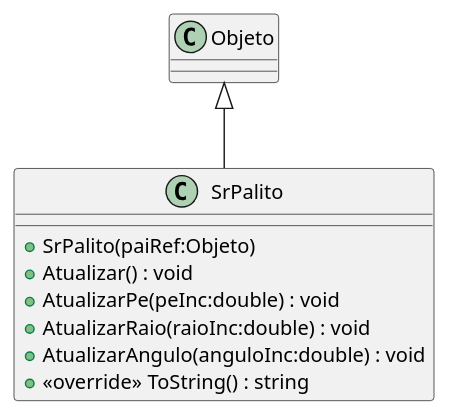
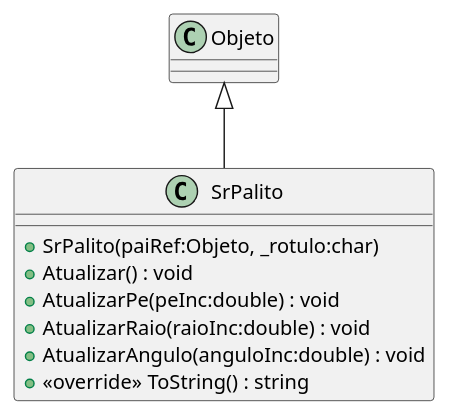
The diagram in Unidade2/CG_N2_Exemplo/plantuml/SrPalito.puml (dalton-reis/CG_2024_1), drawn with PlantUML before and after one commit. The commit also changed 25 other files, not shown here.

```diff
--- a/Unidade2/CG_N2_Exemplo/plantuml/SrPalito.puml
+++ b/Unidade2/CG_N2_Exemplo/plantuml/SrPalito.puml
@@ -1,11 +1,11 @@
 @startuml
 class SrPalito {
-    + SrPalito(paiRef:Objeto)
+    + SrPalito(paiRef:Objeto, _rotulo:char)
     + Atualizar() : void
     + AtualizarPe(peInc:double) : void
     + AtualizarRaio(raioInc:double) : void
     + AtualizarAngulo(anguloInc:double) : void
     + <<override>> ToString() : string
 }
 Objeto <|-- SrPalito
 @enduml
```
